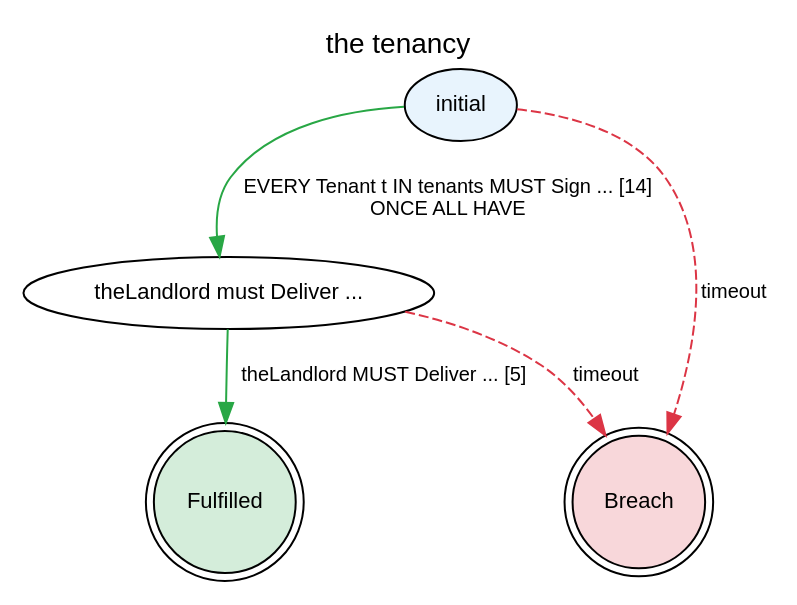
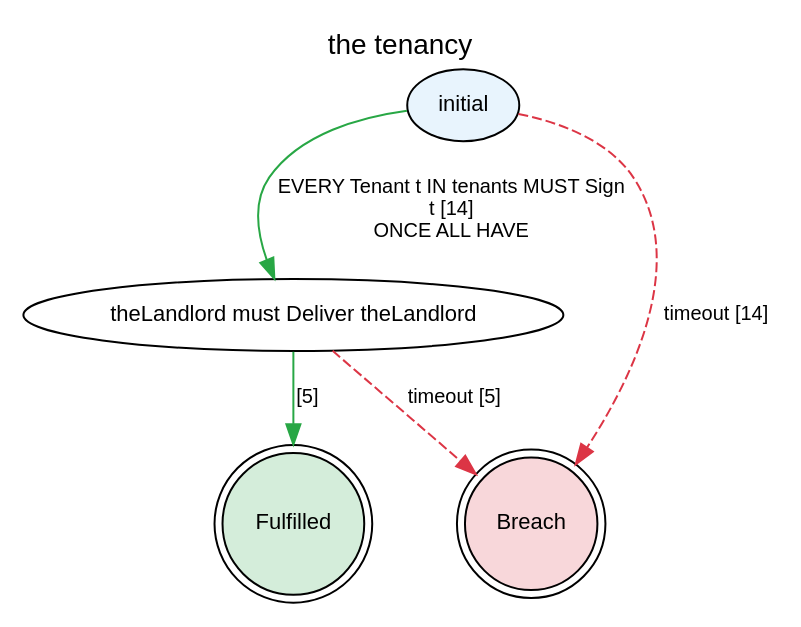
The diagram in etc/lts-reader-proxy/every-run-example/B.dot (legalese/l4-ide), drawn with Graphviz before and after one commit. The commit also changed 3 other files, not shown here.

```diff
--- a/etc/lts-reader-proxy/every-run-example/B.dot
+++ b/etc/lts-reader-proxy/every-run-example/B.dot
@@ -1,43 +1,43 @@
 digraph {
     graph [rankdir=TB
           ,label="the tenancy"
           ,labelloc=t
           ,fontname=Helvetica
           ,fontsize=14];
     node [fontname=Helvetica
          ,fontsize=11];
     edge [fontname=Helvetica
          ,fontsize=10];
     0 [label=initial
       ,fillcolor=white
       ,style=filled
       ,shape=ellipse
       ,fillcolor="#e8f4fd"];
-    1 [label="theLandlord must Deliver ..."
+    1 [label="theLandlord must Deliver theLandlord"
       ,fillcolor=white
       ,style=filled
       ,shape=ellipse
       ,fillcolor="#ffffff"];
     2 [label=Fulfilled
       ,fillcolor=white
       ,style=filled
       ,shape=doublecircle
       ,fillcolor="#d4edda"];
     3 [label=Breach
       ,fillcolor=white
       ,style=filled
       ,shape=doublecircle
       ,fillcolor="#f8d7da"];
-    0 -> 1 [label="EVERY Tenant t IN tenants MUST Sign ... [14]\nONCE ALL HAVE"
+    0 -> 1 [label="EVERY Tenant t IN tenants MUST Sign\nt [14]\nONCE ALL HAVE"
            ,color="#28a745"
            ,style=solid];
-    0 -> 3 [label=timeout
+    0 -> 3 [label="timeout [14]"
            ,color="#dc3545"
            ,style=dashed];
-    1 -> 2 [label="theLandlord MUST Deliver ... [5]"
+    1 -> 2 [label="[5]"
            ,color="#28a745"
            ,style=solid];
-    1 -> 3 [label=timeout
+    1 -> 3 [label="timeout [5]"
            ,color="#dc3545"
            ,style=dashed];
 }
```
